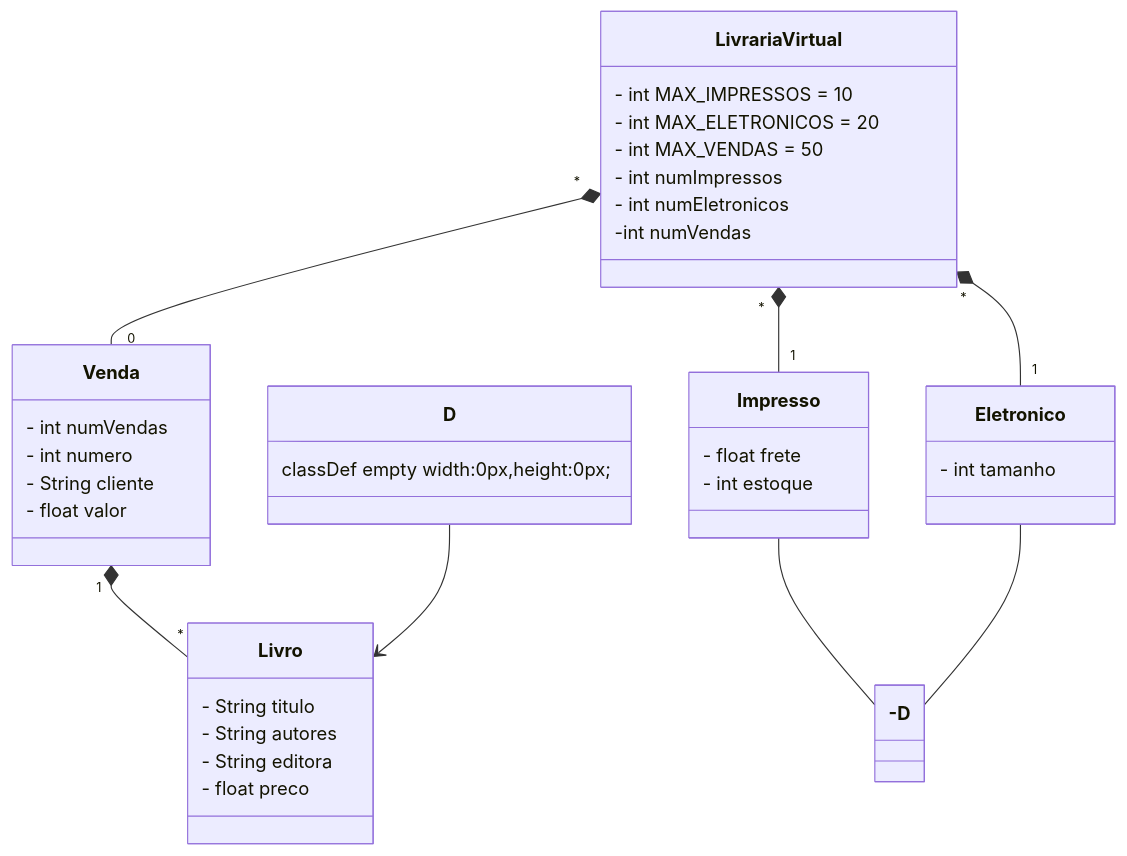
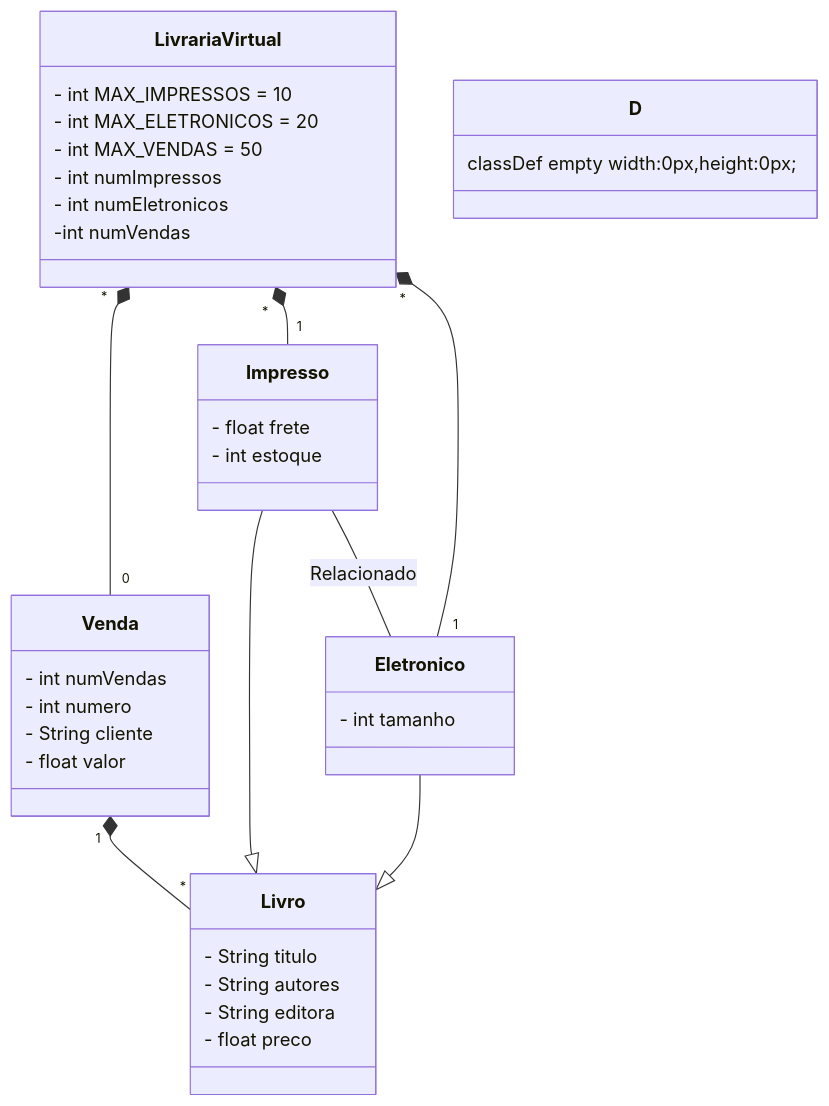
One commit to DevTrail-Squad-4/Desafiodalivraria changed the diagram in README.md. Above: the diagram before and after it, drawn with Mermaid.

````diff
--- a/README.md
+++ b/README.md
@@ -3,47 +3,48 @@
 ```mermaid
 classDiagram
   class LivrariaVirtual {
     - int MAX_IMPRESSOS = 10
     - int MAX_ELETRONICOS = 20
     - int MAX_VENDAS = 50
     - int numImpressos
     - int numEletronicos
 	-int numVendas
   }
 
   class Venda {
     - int numVendas
     - int numero
     - String cliente
     - float valor
   }
 
   class Impresso {
     - float frete
     - int estoque
   }
 
   class Eletronico {
     - int tamanho
   }
 
   class Livro {
     - String titulo
     - String autores
     - String editora
     - float preco
   }
 
 class D {
     %% Define a classe D como um placeholder invisível
     classDef empty width:0px,height:0px;
   }
 
   LivrariaVirtual "*" *-- "0" Venda
   LivrariaVirtual "*" *-- "1" Impresso
   LivrariaVirtual "*" *-- "1" Eletronico
   Venda "1" *-- "*" Livro
-Impresso --- D
-  Eletronico --- D
-  D --> Livro
+ Impresso --|> Livro
+  Eletronico --|> Livro
+  
+  Impresso -- Eletronico : Relacionado
 ```
````
